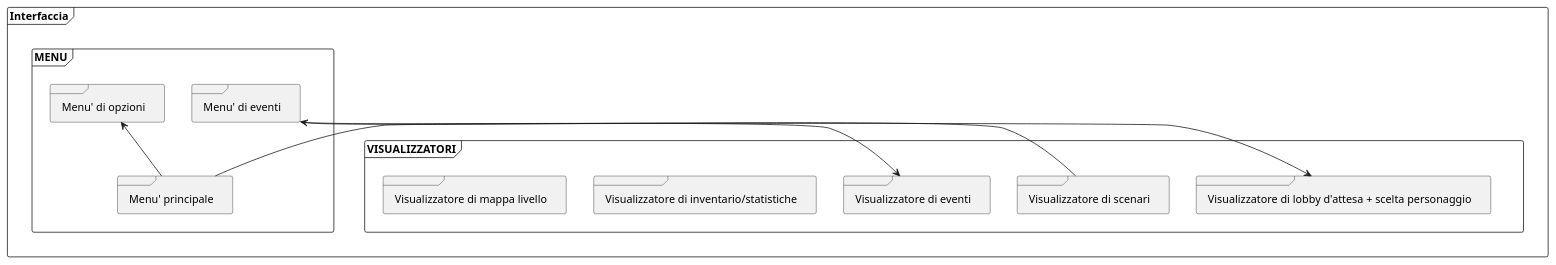
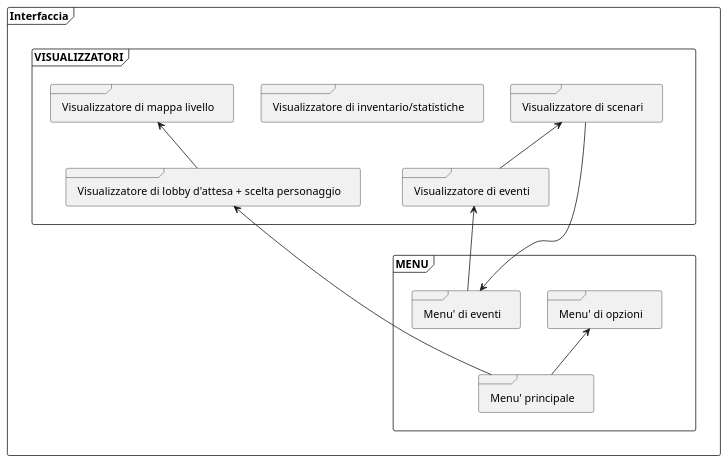
One commit to frax2004/ProgettoISS changed the diagram in Architettura_logica.puml. Above: the diagram before and after it, drawn with PlantUML.

```diff
--- a/Architettura_logica.puml
+++ b/Architettura_logica.puml
@@ -1,82 +1,88 @@
 @startuml Architettura_logica
 
 ' usare MVC (Model-View-Controller):
 ' - Model: database
 ' - View: interfaccia grafica
 ' - Controller: Software vero e proprio
 
-' Il controller sarà diviso in "categorie di classi" 
+' Il controller sarà diviso in "categorie di classi"
 ' usando architettura a strati modulare.
 
 ' Model, View e Controller devono poter comunicare tra loro.
 
 ' Da fare una relazione alla fine del progetto
 
 
 ' Tenere a mente Client-Server
 ' Il database può essere "finto" (obv)
 ' DISEGNINO A BLOCKLY CHE A NOI CI PIACCIONO I DISEGNINI
 '
 ' Prossimi passaggi:
 ' 1) Definire i requisiti NON funzionali (non direttamente legati alle
-'    funzionalità del sistema) e definire come misurarli: 
+'    funzionalità del sistema) e definire come misurarli:
 '    ad esempio misure di velocità, performance ecc ecc...
-' 
+'
 ' 2) Definire i requisiti funzionali come le user story
-'    (ricorda la sintassi Who-What-Why) e gli Acceptance Criteria 
+'    (ricorda la sintassi Who-What-Why) e gli Acceptance Criteria
 '
 '
 
 ' View, cosa mettere dentro:
 ' - Visualizzatore di scenari
 ' - Menu' di eventi
 ' - Visualizzatore di eventi
 ' - Visualizzatore di inventario/statistiche
 ' - Menu' principale
 ' - Lobby d'attesa + scelta personaggio
 ' - Visualizzatore di mappa livello
 ' - Menu' opzioni
-' 
+'
 
 
 ' Model, cosa mettere dentro:
 ' - Dati relativi ai personaggi/classi/nemici
 ' - Dati relativi all'equipaggiamento
 ' - Dati relativi ai potenziamenti
 
 frame "Interfaccia" {
-    frame "MENU" {
-        frame "Menu' principale" {
+  frame "MENU" {
+    frame "Menu' principale" {
 
-        }
-        frame "Menu' di eventi" {
+    }
+    frame "Menu' di eventi" {
 
-        }
-        frame "Menu' di opzioni"
     }
+    frame "Menu' di opzioni"
+  }
 
-    frame "VISUALIZZATORI" {
-        frame "Visualizzatore di scenari" {
+  frame "VISUALIZZATORI" {
 
-        }
-        frame "Visualizzatore di eventi" {
+    frame "Visualizzatore di scenari" {
 
-        }
-        frame "Visualizzatore di inventario/statistiche" {
+    }
+    frame "Visualizzatore di eventi" {
 
-        }
-        frame "Visualizzatore di mappa livello" {
+    }
+    frame "Visualizzatore di inventario/statistiche" {
 
-        }
-        frame "Visualizzatore di lobby d'attesa + scelta personaggio" {
+    }
+    frame "Visualizzatore di mappa livello" {
 
-        }
     }
-    "Visualizzatore di lobby d'attesa + scelta personaggio" <-right- "Menu' principale" 
-    "Menu' di opzioni" <-down- "Menu' principale"
-    "Menu' di eventi" <-down- "Visualizzatore di scenari"
-    "Visualizzatore di eventi" <-down- "Menu' di eventi" 
-    VISUALIZZATORI <-[hidden]up- MENU 
+    frame "Visualizzatore di lobby d'attesa + scelta personaggio" {
+
+    }
+    
+    "Visualizzatore di scenari" <-down- "Visualizzatore di eventi"
+    "Visualizzatore di mappa livello" <-down- "Visualizzatore di lobby d'attesa + scelta personaggio"
+
+  }
+
+  "Visualizzatore di lobby d'attesa + scelta personaggio" <-right- "Menu' principale"
+  "Menu' di opzioni" <-down- "Menu' principale"
+  "Menu' di eventi" <-down- "Visualizzatore di scenari"
+  "Visualizzatore di eventi" <-down- "Menu' di eventi"
+  "VISUALIZZATORI" <---[hidden]down-- "MENU"
 }
 
 @enduml
```
